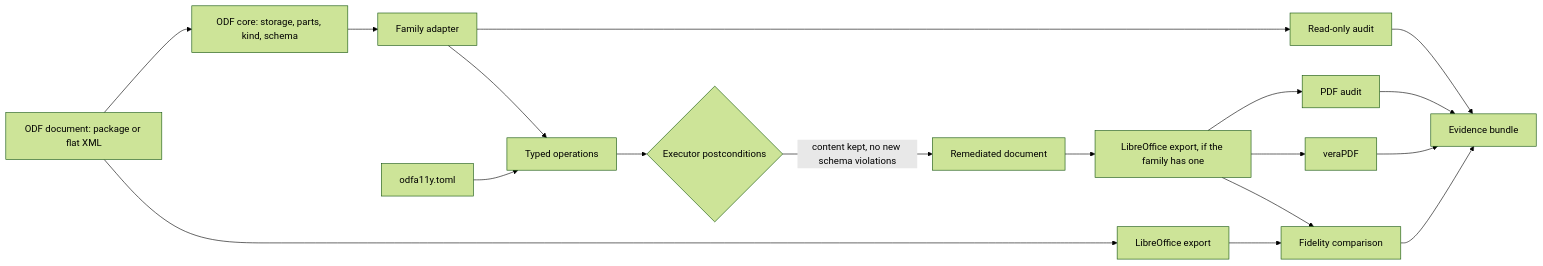
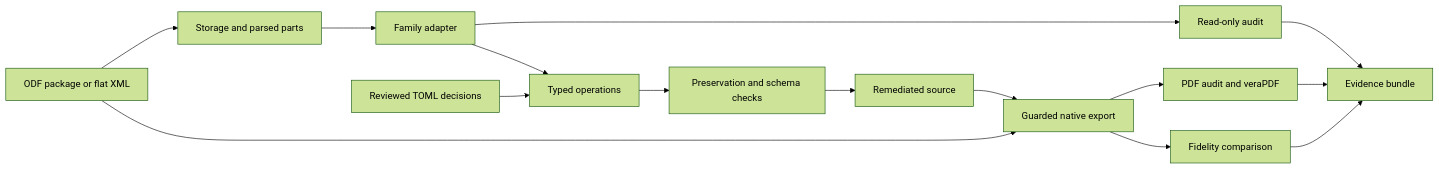
One commit to resoltico/ODFA11y changed the diagram in docs/ARCHITECTURE.md. Above: the diagram before and after it, drawn with Mermaid (forest theme). The commit also changed other lines of this file and 186 other files, not shown here.

````diff
--- a/docs/ARCHITECTURE.md
+++ b/docs/ARCHITECTURE.md
@@ -11,20 +8,17 @@
 ```mermaid
 flowchart LR
-    Doc[ODF document: package or flat XML] --> Core[ODF core: storage, parts, kind, schema]
-    Core --> Adapter[Family adapter]
-    Adapter --> Audit[Read-only audit]
-    Config[odfa11y.toml] --> Ops[Typed operations]
-    Adapter --> Ops
-    Ops --> Gate{Executor postconditions}
-    Gate -->|content kept, no new schema violations| Reviewed[Remediated document]
-    Reviewed --> Export[LibreOffice export, if the family has one]
-    Doc --> ExportSrc[LibreOffice export]
-    Export --> Inspect[PDF audit]
-    Export --> Vera[veraPDF]
-    Export --> Compare[Fidelity comparison]
-    ExportSrc --> Compare
+    Source[ODF package or flat XML] --> Model[Storage and parsed parts]
+    Model --> Family[Family adapter]
+    Family --> Audit[Read-only audit]
+    Plan[Reviewed TOML decisions] --> Edit[Typed operations]
+    Family --> Edit
+    Edit --> Guard[Preservation and schema checks]
+    Guard --> Candidate[Remediated source]
+    Source --> Export[Guarded native export]
+    Candidate --> Export
+    Export --> PDF[PDF audit and veraPDF]
+    Export --> Fidelity[Fidelity comparison]
     Audit --> Evidence[Evidence bundle]
-    Inspect --> Evidence
-    Vera --> Evidence
-    Compare --> Evidence
+    PDF --> Evidence
+    Fidelity --> Evidence
 ```
````
